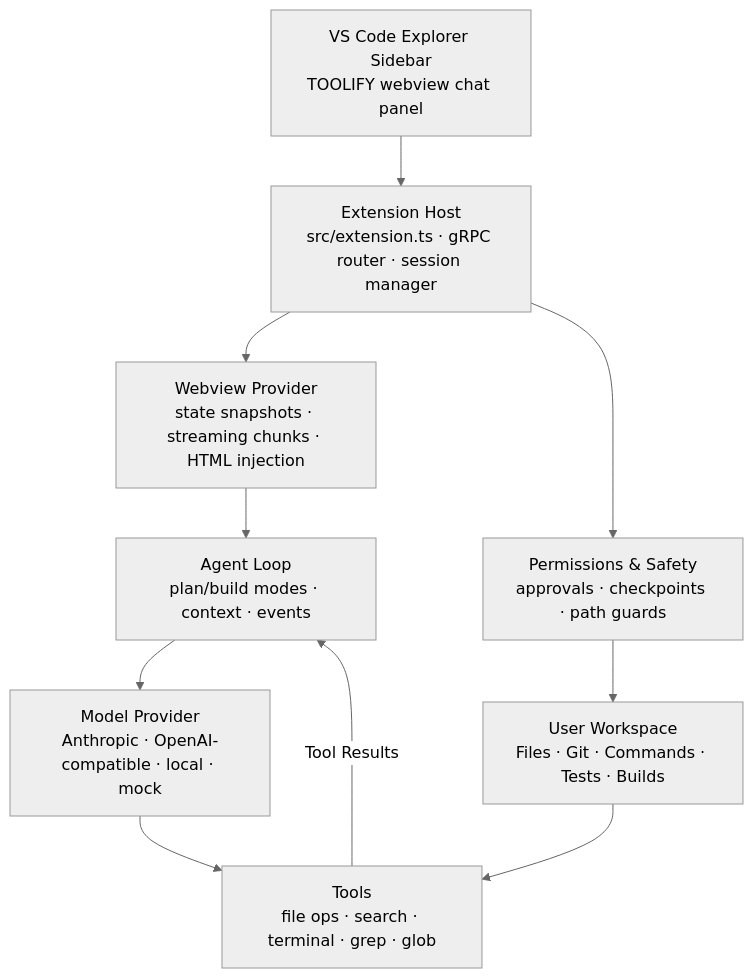
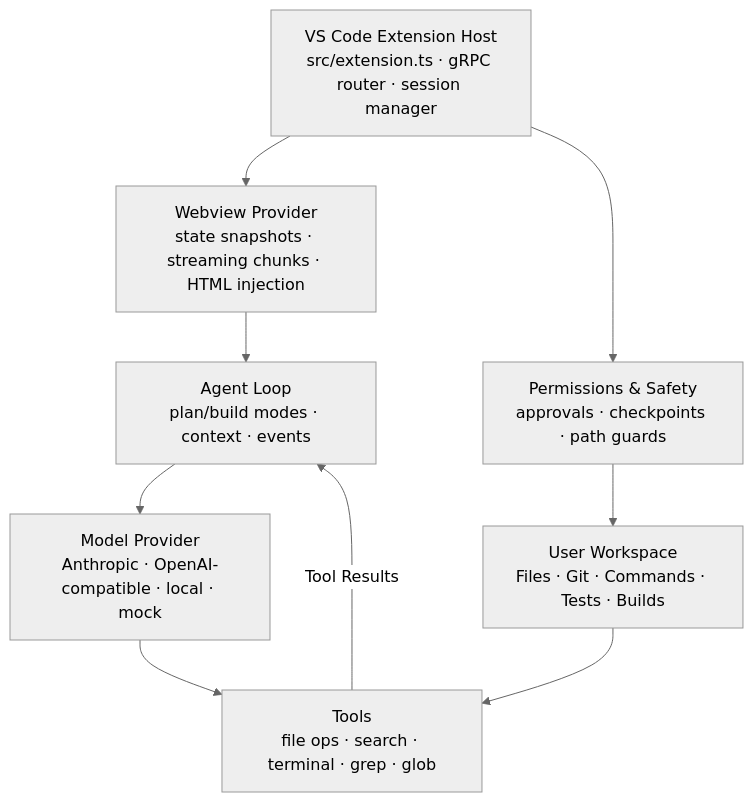
The first of 2 diagrams in README.md (toolifyai4-cell/toolify_v1), drawn with Mermaid (neutral theme) before and after one commit. The commit also changed other lines of this file, not shown here.

Commit message:
refactor: update README.md to clarify webview chat interface and installation instructions

````diff
--- a/README.md
+++ b/README.md
@@ -230,12 +204,11 @@
 ```mermaid
 flowchart TD
-    A[VS Code Explorer Sidebar<br/>TOOLIFY webview chat panel] --> B[Extension Host<br/>src/extension.ts · gRPC router · session manager]
-    B --> C[Webview Provider<br/>state snapshots · streaming chunks · HTML injection]
-    C --> D[Agent Loop<br/>plan/build modes · context · events]
-    D --> E[Model Provider<br/>Anthropic · OpenAI-compatible · local · mock]
-    E --> F[Tools<br/>file ops · search · terminal · grep · glob]
-    F -->|Tool Results| D
-    B --> G[Permissions & Safety<br/>approvals · checkpoints · path guards]
-    G --> H[User Workspace<br/>Files · Git · Commands · Tests · Builds]
-    H --> F
+    A[VS Code Extension Host<br/>src/extension.ts · gRPC router · session manager] --> B[Webview Provider<br/>state snapshots · streaming chunks · HTML injection]
+    B --> C[Agent Loop<br/>plan/build modes · context · events]
+    C --> D[Model Provider<br/>Anthropic · OpenAI-compatible · local · mock]
+    D --> E[Tools<br/>file ops · search · terminal · grep · glob]
+    E -->|Tool Results| C
+    A --> F[Permissions & Safety<br/>approvals · checkpoints · path guards]
+    F --> G[User Workspace<br/>Files · Git · Commands · Tests · Builds]
+    G --> E
 ```
````
